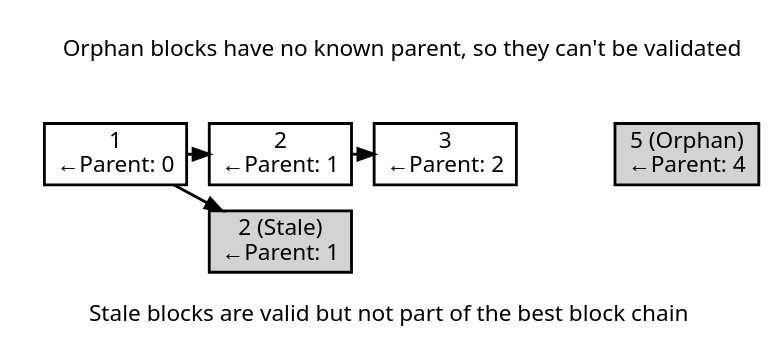
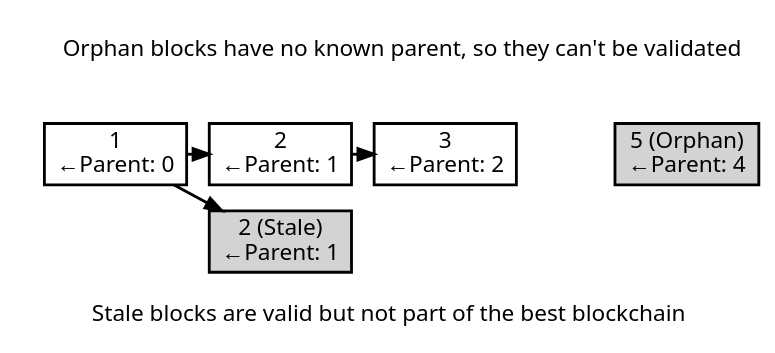
Before and after one commit to bitcoin-dot-org/Bitcoin.org: the diagram in img/dev/en-orphan-stale-definition.dot, drawn with Graphviz. The commit also changed 110 other files, not shown here.

```diff
--- a/img/dev/en-orphan-stale-definition.dot
+++ b/img/dev/en-orphan-stale-definition.dot
@@ -1,43 +1,43 @@
 digraph {
 // This file is licensed under the MIT License (MIT) available on
 // http://opensource.org/licenses/MIT.
 
 size=6.25;
 rankdir=LR
 splines = "false";
 ranksep = 0.2;
 nodesep = 0.1;
 
 edge [ penwidth = 1.75, fontname="Sans" ]
 node [ penwidth = 1.75, shape = "box", fontname="Sans", ]
 graph [ penwidth = 1.75, fontname="Sans" ]
 
 subgraph cluster_mainchain {
 block0 [ label = "1\n←Parent: 0" ];
 block1 [ label = "2\n←Parent: 1" ];
 block2 [ label = "3\n←Parent: 2" ];
 
 style = "invis";
 }
 
 block0 -> block1 -> block2;
 
 block0 -> block1_1;
 
 block2 -> block5 [ style = "invis", minlen = 4 ];
 
 
 block1_1 [ label = "2 (Stale)\n←Parent: 1", style = "filled" ];
 
 block5 [ label = "5 (Orphan)\n←Parent: 4", style = "filled" ];
 
 subgraph cluster_toplabel {
     node [ style = "invis", height = 0, width = 0, label = "" ];
     graph [ penwidth = 0 ];
     a -> b -> c -> d -> e -> f -> g [ style = "invis" ];
     label = "Orphan blocks have no known parent, so they can't be validated"
 }
 
-label = " \nStale blocks are valid but not part of the best block chain"
+label = " \nStale blocks are valid but not part of the best blockchain"
 
 }
```
